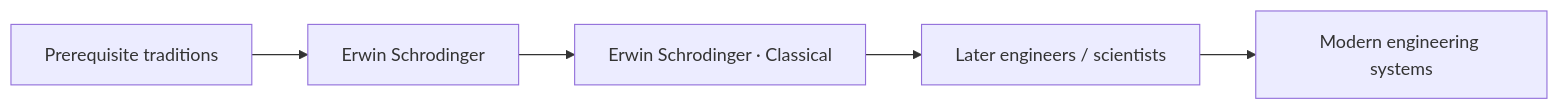
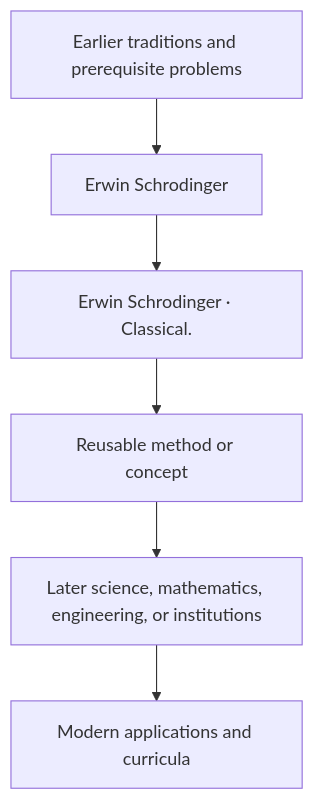
Before and after one commit to via-decide/ViaLogic: the diagram in docs/history/erwin-schrodinger/influence.md, drawn with Mermaid. The commit also changed other lines of this file and 858 other files, not shown here.

````diff
--- a/docs/history/erwin-schrodinger/influence.md
+++ b/docs/history/erwin-schrodinger/influence.md
@@ -29,7 +16,8 @@
 ```mermaid
-graph LR
-  prerequisites["Prerequisite traditions"] --> current["Erwin Schrodinger"]
-  current --> contribution["Erwin Schrodinger · Classical"]
-  contribution --> successors["Later engineers / scientists"]
-  successors --> modern["Modern engineering systems"]
+graph TD
+  Prior[Earlier traditions and prerequisite problems] --> Person[Erwin Schrodinger]
+  Person --> Contribution[Erwin Schrodinger · Classical.]
+  Contribution --> Method[Reusable method or concept]
+  Method --> Later[Later science, mathematics, engineering, or institutions]
+  Later --> Modern[Modern applications and curricula]
 ```
````
